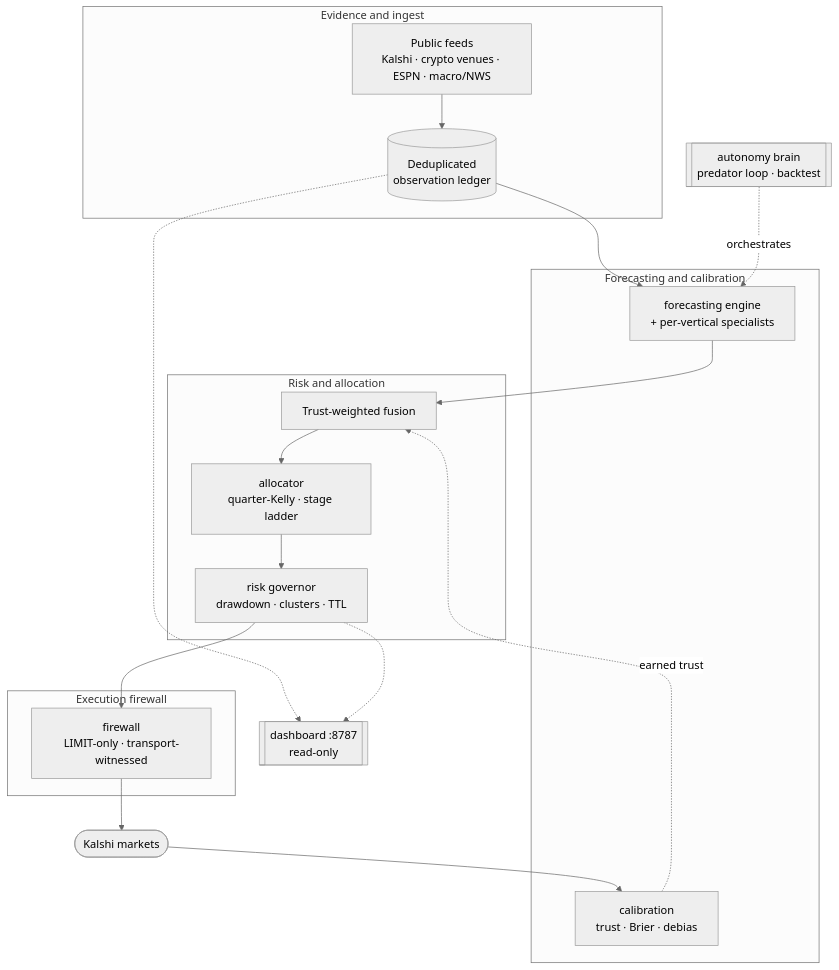
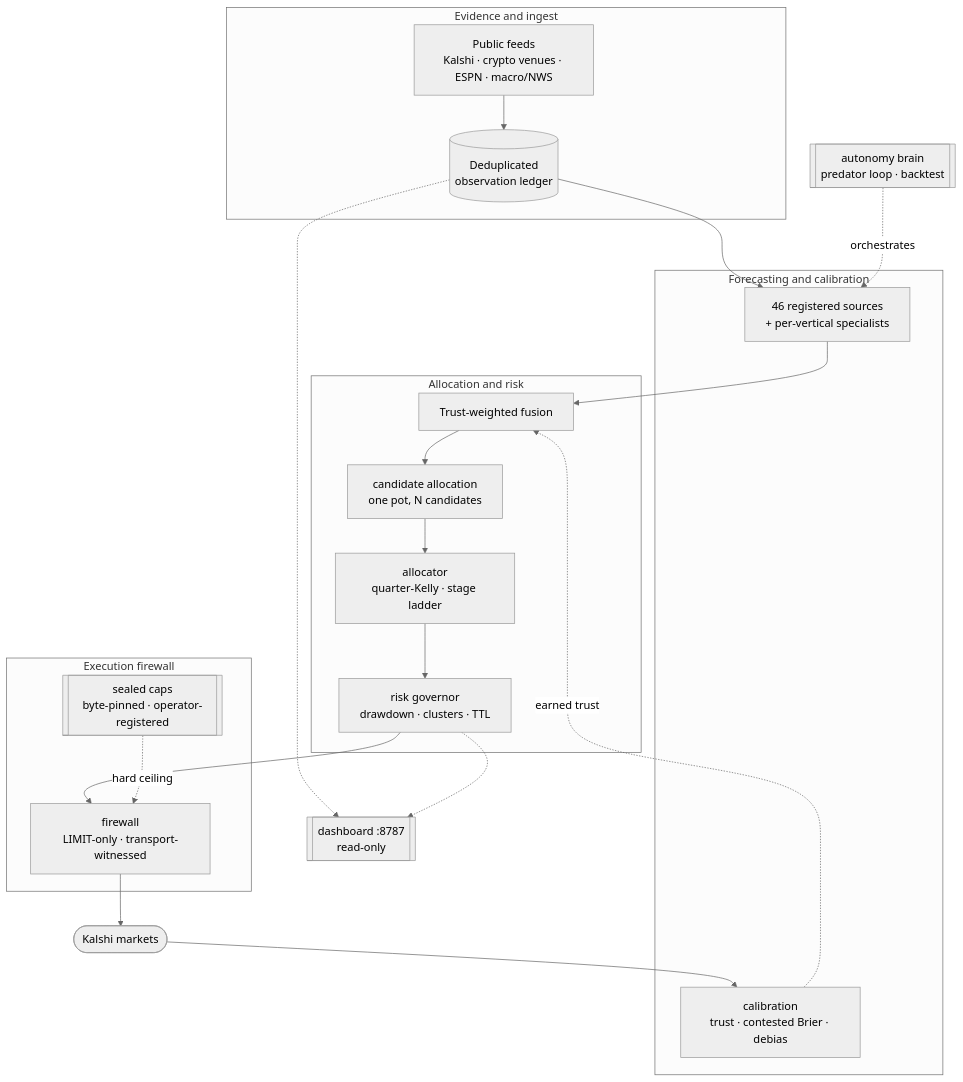
Before and after one commit to ObtuseAI/dummy: the diagram in README.md, drawn with Mermaid (neutral theme). The commit also changed other lines of this file and 2 other files, not shown here.

````diff
--- a/README.md
+++ b/README.md
@@ -116,30 +124,33 @@
 ```mermaid
 flowchart TB
     subgraph Ingest["Evidence and ingest"]
         FEEDS[Public feeds<br/>Kalshi · crypto venues · ESPN · macro/NWS]
         OBS[(Deduplicated<br/>observation ledger)]
     end
     subgraph Forecast["Forecasting and calibration"]
-        ENGINE[forecasting engine<br/>+ per-vertical specialists]
-        CAL[calibration<br/>trust · Brier · debias]
+        ENGINE[46 registered sources<br/>+ per-vertical specialists]
+        CAL[calibration<br/>trust · contested Brier · debias]
     end
-    subgraph RiskAlloc["Risk and allocation"]
+    subgraph RiskAlloc["Allocation and risk"]
         FUSE[Trust-weighted fusion]
+        SPLIT[candidate allocation<br/>one pot, N candidates]
         ALLOC[allocator<br/>quarter-Kelly · stage ladder]
         GOV[risk governor<br/>drawdown · clusters · TTL]
     end
     subgraph Exec["Execution firewall"]
         FW[firewall<br/>LIMIT-only · transport-witnessed]
+        CAPS[[sealed caps<br/>byte-pinned · operator-registered]]
     end
     MARKET([Kalshi markets])
     BRAIN[[autonomy brain<br/>predator loop · backtest]]
     DASH[[dashboard :8787<br/>read-only]]
 
     FEEDS --> OBS --> ENGINE --> FUSE
     CAL -. earned trust .-> FUSE
-    FUSE --> ALLOC --> GOV --> FW --> MARKET
+    FUSE --> SPLIT --> ALLOC --> GOV --> FW --> MARKET
+    CAPS -. hard ceiling .-> FW
     MARKET --> CAL
     BRAIN -. orchestrates .-> ENGINE
     OBS -.-> DASH
     GOV -.-> DASH
 ```
````
